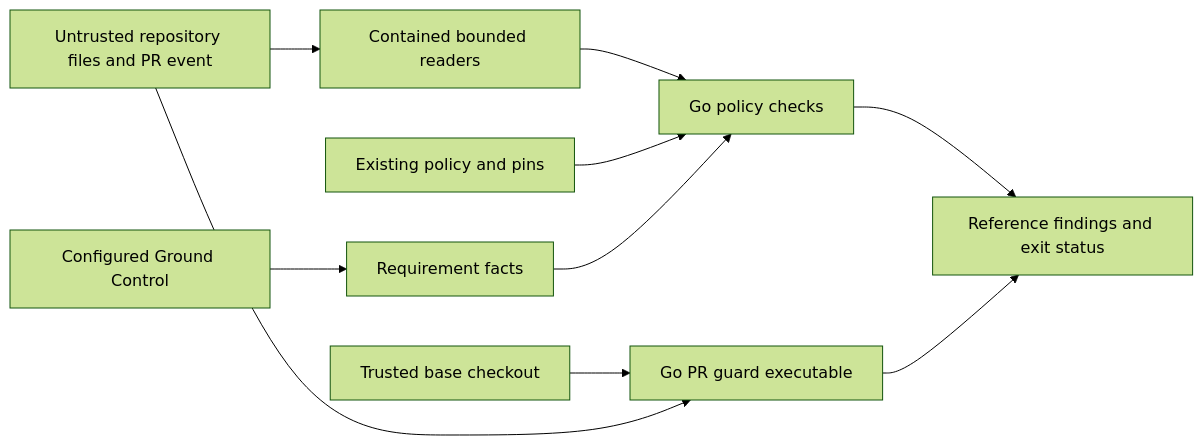
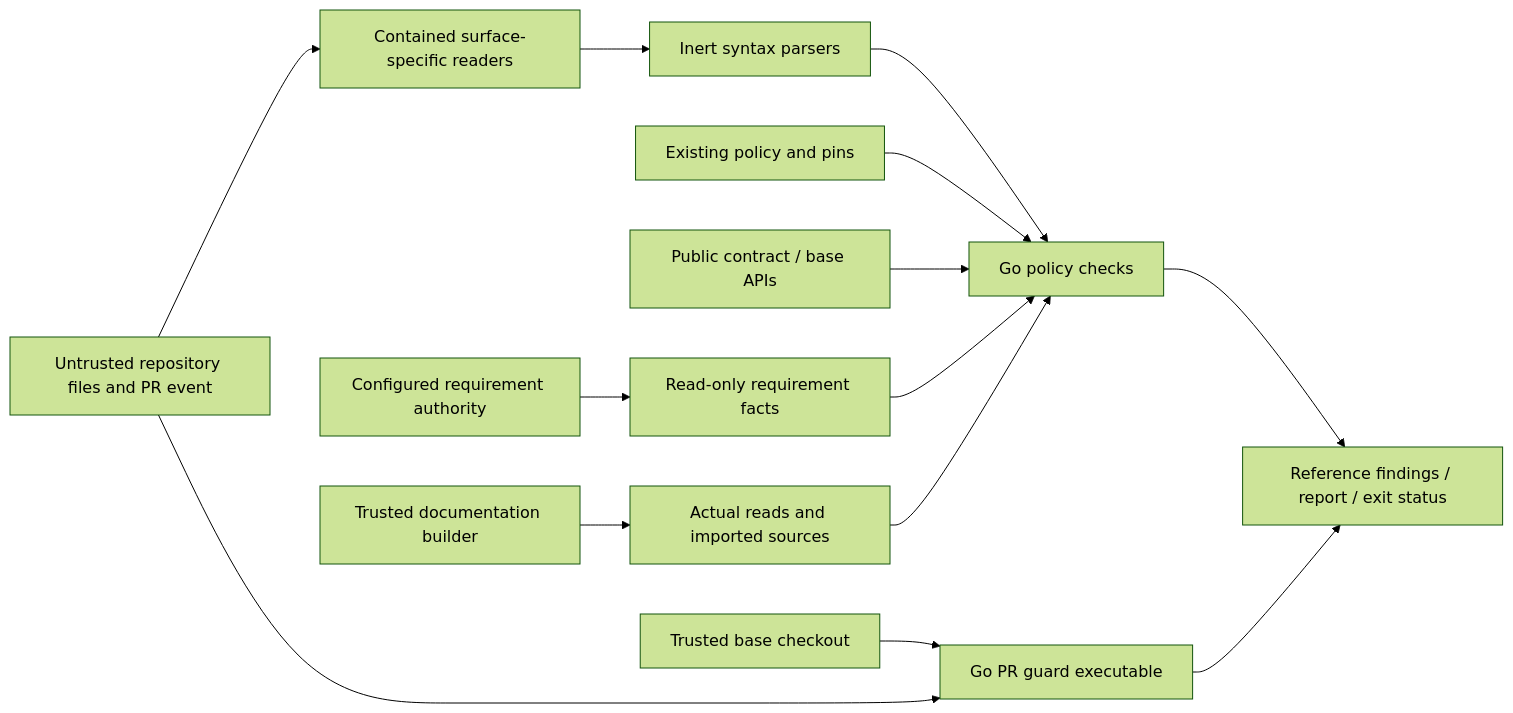
Before and after one commit to OpenRAE/rae: the diagram in docs/decisions/issue-1799-go-governance-design.md, drawn with Mermaid (forest theme). The commit also changed other lines of this file and 14 other files, not shown here.

Commit message:
refactor: wire governance boundaries to public contract APIs

````diff
--- a/docs/decisions/issue-1799-go-governance-design.md
+++ b/docs/decisions/issue-1799-go-governance-design.md
@@ -68,12 +90,16 @@
 ```mermaid
 flowchart LR
-    Candidate[Untrusted repository files and PR event] --> Reader[Contained bounded readers]
-    Reader --> Checks[Go policy checks]
+    Candidate[Untrusted repository files and PR event] --> Reader[Contained surface-specific readers]
+    Reader --> Parsers[Inert syntax parsers]
+    Parsers --> Checks[Go policy checks]
     Policy[Existing policy and pins] --> Checks
-    GC[Configured Ground Control] --> Requirements[Requirement facts]
+    BaseAPI[Public contract / base APIs] --> Checks
+    GC[Configured requirement authority] --> Requirements[Read-only requirement facts]
     Requirements --> Checks
-    Checks --> Report[Reference findings and exit status]
+    Builder[Trusted documentation builder] --> Reads[Actual reads and imported sources]
+    Reads --> Checks
+    Checks --> Report[Reference findings / report / exit status]
     Base[Trusted base checkout] --> Guard[Go PR guard executable]
     Candidate --> Guard
     Guard --> Report
 ```
````
